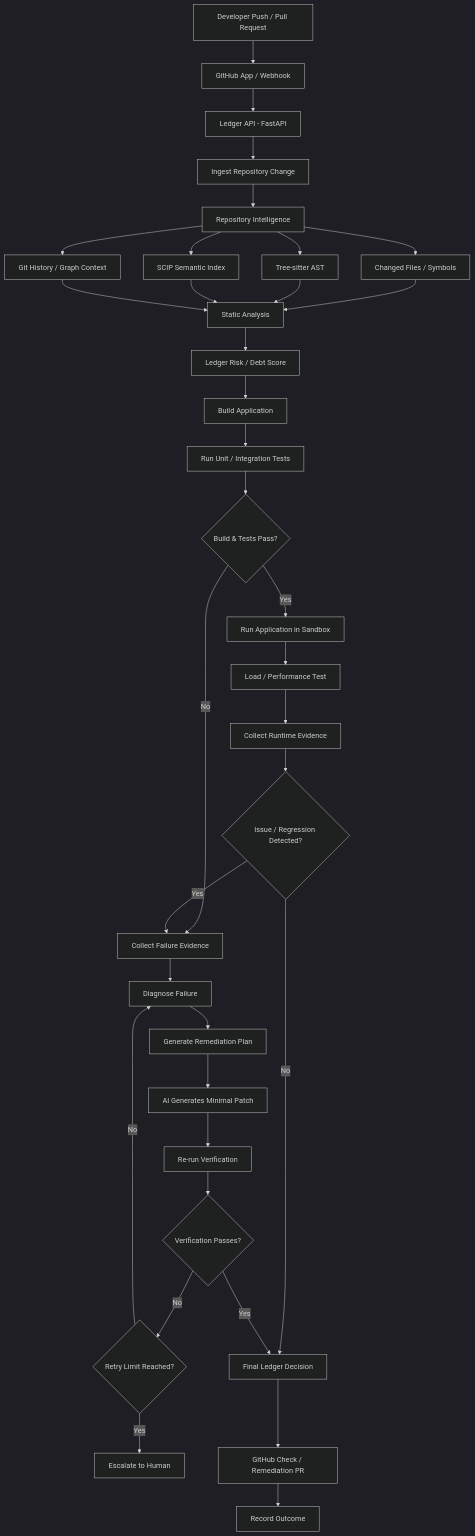
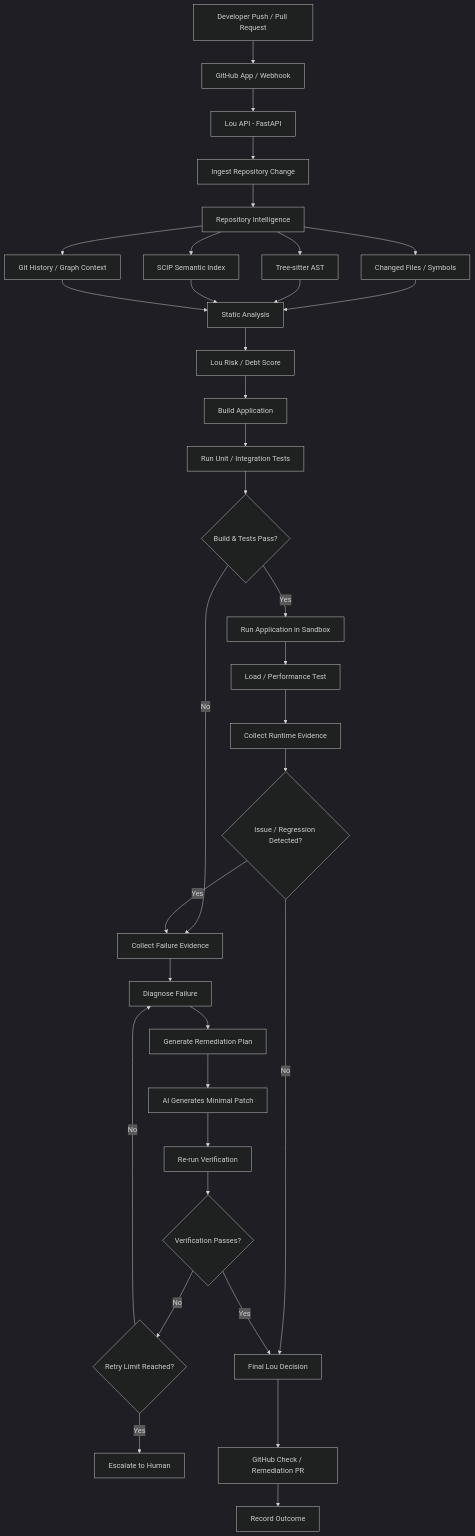
Before and after one commit to peterphitran/hackrice26: the diagram in docs/project_ledger_mermaid_workflows/docs/workflows/01_END_TO_END.md, drawn with Mermaid (dark theme). The commit also changed other lines of this file and 14 other files, not shown here.

Commit message:
Expand Lou architecture documentation

````diff
--- a/docs/project_ledger_mermaid_workflows/docs/workflows/01_END_TO_END.md
+++ b/docs/project_ledger_mermaid_workflows/docs/workflows/01_END_TO_END.md
@@ -3,51 +3,51 @@
 ```mermaid
 flowchart TD
     A[Developer Push / Pull Request] --> B[GitHub App / Webhook]
 
-    B --> C[Ledger API - FastAPI]
+    B --> C[Lou API - FastAPI]
     C --> D[Ingest Repository Change]
 
     D --> E[Repository Intelligence]
     E --> E1[Changed Files / Symbols]
     E --> E2[Tree-sitter AST]
     E --> E3[SCIP Semantic Index]
     E --> E4[Git History / Graph Context]
 
     E1 --> F[Static Analysis]
     E2 --> F
     E3 --> F
     E4 --> F
 
-    F --> G[Ledger Risk / Debt Score]
+    F --> G[Lou Risk / Debt Score]
     G --> H[Build Application]
     H --> I[Run Unit / Integration Tests]
 
     I --> J{Build & Tests Pass?}
 
     J -- No --> K[Collect Failure Evidence]
     J -- Yes --> L[Run Application in Sandbox]
 
     L --> M[Load / Performance Test]
     M --> N[Collect Runtime Evidence]
 
     N --> O{Issue / Regression Detected?}
 
-    O -- No --> P[Final Ledger Decision]
+    O -- No --> P[Final Lou Decision]
     O -- Yes --> K
 
     K --> Q[Diagnose Failure]
     Q --> R[Generate Remediation Plan]
     R --> S[AI Generates Minimal Patch]
 
     S --> T[Re-run Verification]
     T --> U{Verification Passes?}
 
     U -- No --> V{Retry Limit Reached?}
     V -- No --> Q
     V -- Yes --> W[Escalate to Human]
 
     U -- Yes --> P
 
     P --> X[GitHub Check / Remediation PR]
     X --> Y[Record Outcome]
 ```
````
